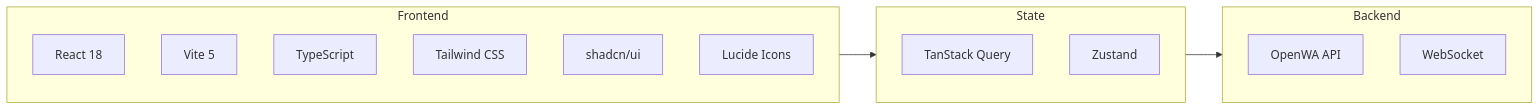
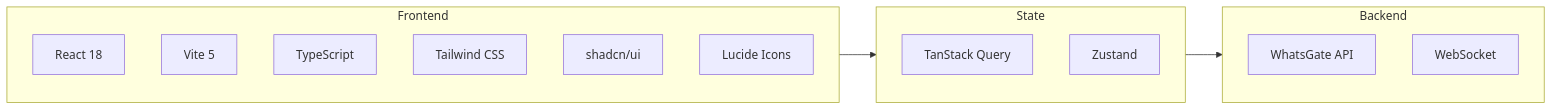
Before and after one commit to liminal-loop/whatsgate: the first of 2 diagrams in docs/17-dashboard-design.md, drawn with Mermaid. The commit also changed other lines of this file and 46 other files, not shown here.

Commit message:
chore: rebrand OpenWA to WhatsGate across app and docs

````diff
--- a/docs/17-dashboard-design.md
+++ b/docs/17-dashboard-design.md
@@ -9,24 +9,24 @@
 ```mermaid
 flowchart LR
     subgraph Frontend
         REACT[React 18]
         VITE[Vite 5]
         TS[TypeScript]
         TW[Tailwind CSS]
         SHADCN[shadcn/ui]
         LUCIDE[Lucide Icons]
     end
 
     subgraph State
         TANSTACK[TanStack Query]
         ZUSTAND[Zustand]
     end
 
     subgraph Backend
-        API[OpenWA API]
+        API[WhatsGate API]
         WS[WebSocket]
     end
 
     Frontend --> State
     State --> Backend
 ```
````
